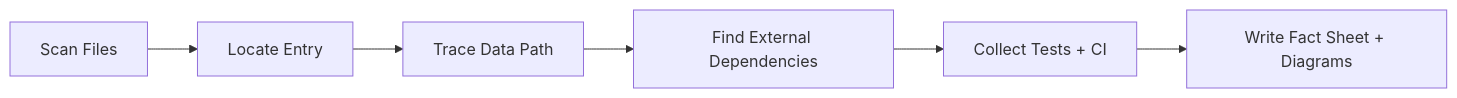
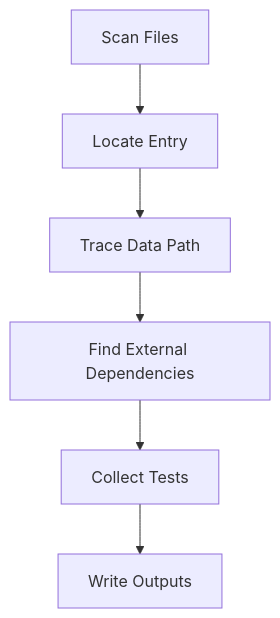
One commit to WangXianan456/repo-global-map changed the diagram in templates/10-command-cookbook.md. Above: the diagram before and after it, drawn with Mermaid. The commit also changed 5 other files, not shown here.

Commit message:
docs: improve Obsidian diagram readability

````diff
--- a/templates/10-command-cookbook.md
+++ b/templates/10-command-cookbook.md
@@ -28,8 +28,8 @@
 ```mermaid
-flowchart LR
+flowchart TD
 A[Scan Files] --> B[Locate Entry]
 B --> C[Trace Data Path]
 C --> D[Find External Dependencies]
-D --> E[Collect Tests + CI]
-E --> F[Write Fact Sheet + Diagrams]
+D --> E[Collect Tests]
+E --> F[Write Outputs]
 ```
````
